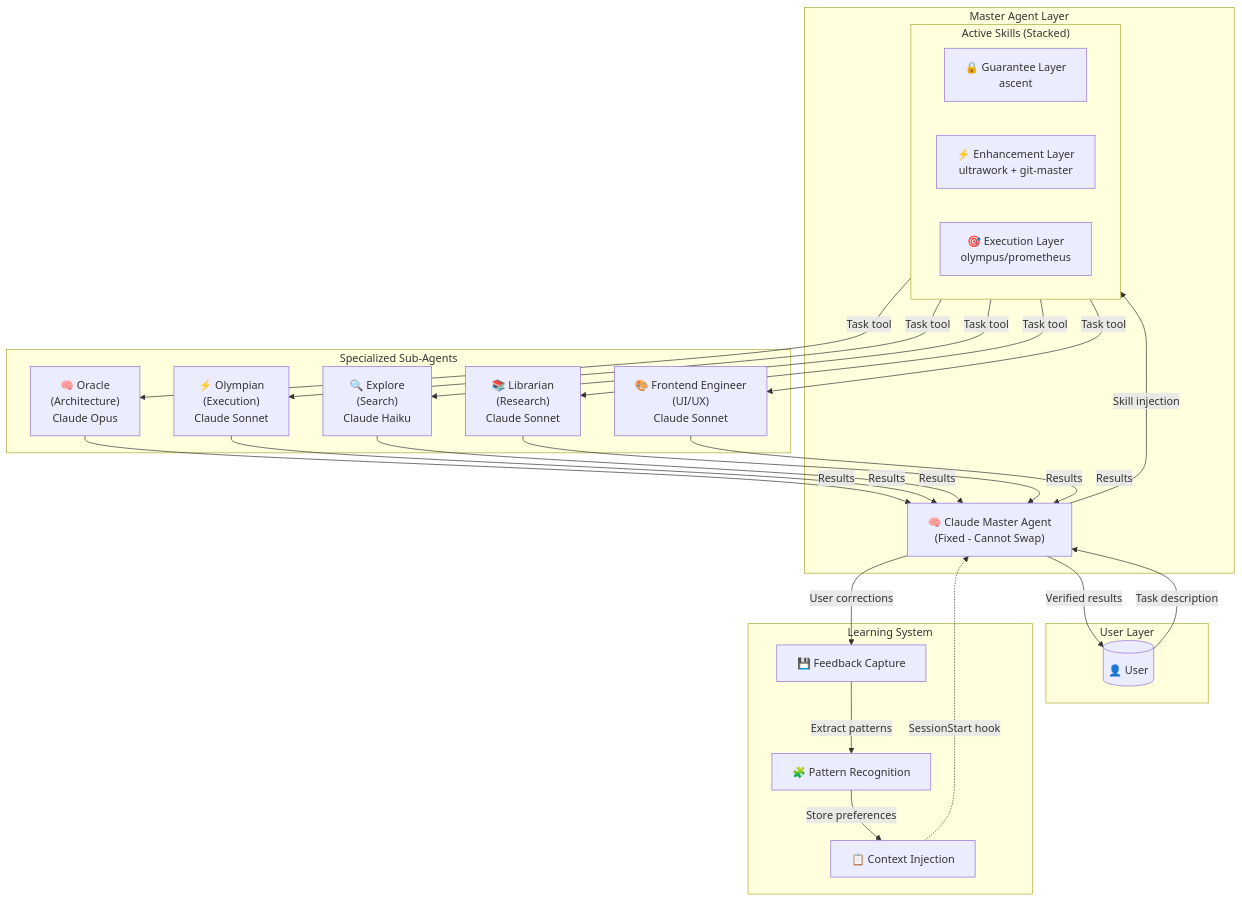
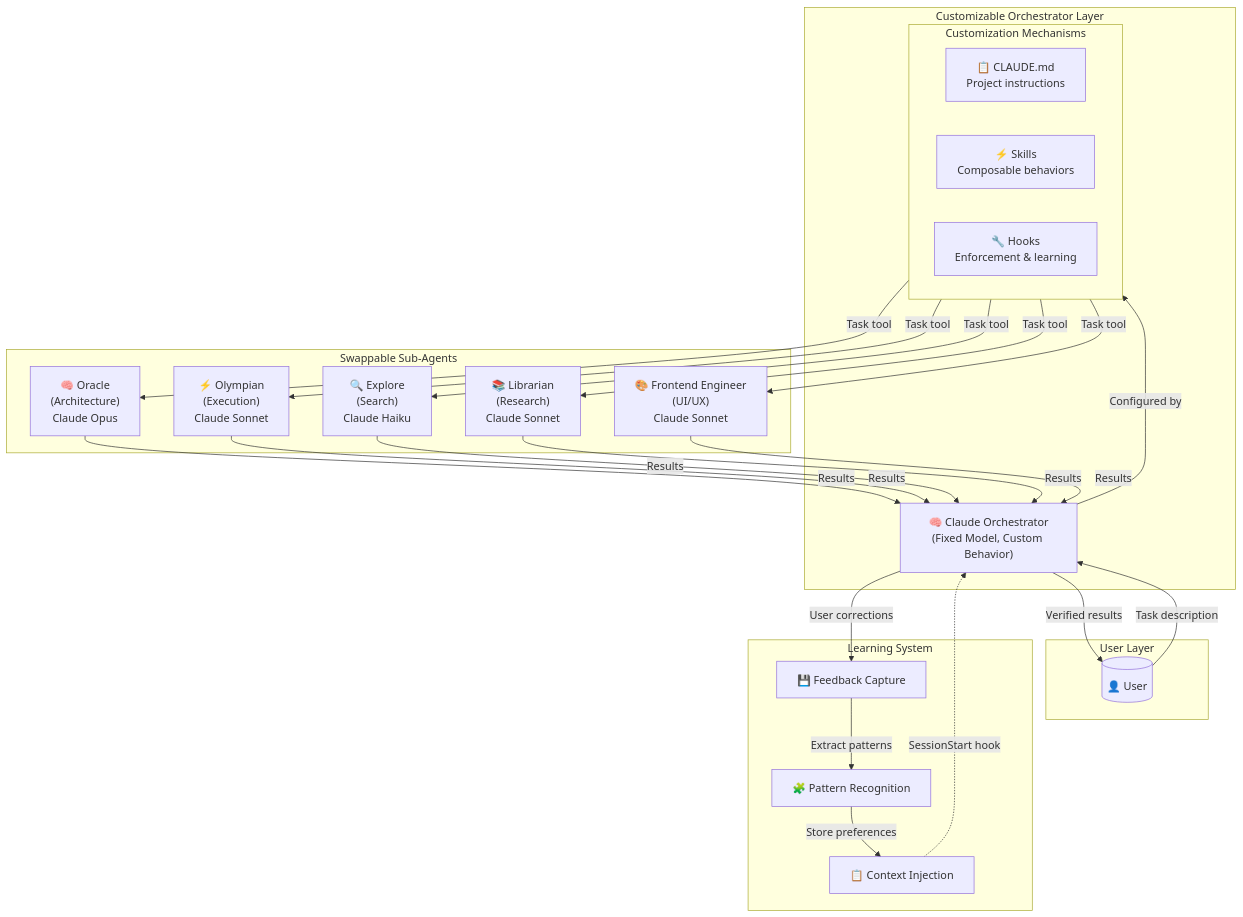
One commit to mikev10/olympus changed the first of 5 diagrams in docs/guide/understanding-orchestration-system.md. Above: the diagram before and after it, drawn with Mermaid. The commit also changed other lines of this file and 2 other files, not shown here.

Commit message:
docs: update CLI reference and installation guide to reflect changes in agents, skills, and rules

````diff
--- a/docs/guide/understanding-orchestration-system.md
+++ b/docs/guide/understanding-orchestration-system.md
@@ -25,52 +25,52 @@
 ```mermaid
 flowchart TB
     subgraph User["User Layer"]
         Human[("👤 User")]
     end
 
-    subgraph Master["Master Agent Layer"]
-        Claude["🧠 Claude Master Agent<br/>(Fixed - Cannot Swap)"]
+    subgraph Orchestrator["Customizable Orchestrator Layer"]
+        Claude["🧠 Claude Orchestrator<br/>(Fixed Model, Custom Behavior)"]
 
-        subgraph Skills["Active Skills (Stacked)"]
-            Guarantee["🔒 Guarantee Layer<br/>ascent"]
-            Enhancement["⚡ Enhancement Layer<br/>ultrawork + git-master"]
-            Execution["🎯 Execution Layer<br/>olympus/prometheus"]
+        subgraph Customization["Customization Mechanisms"]
+            CLAUDE_MD["📋 CLAUDE.md<br/>Project instructions"]
+            Skills["⚡ Skills<br/>Composable behaviors"]
+            Hooks["🔧 Hooks<br/>Enforcement & learning"]
         end
 
-        Claude -->|"Skill injection"| Skills
+        Claude -->|"Configured by"| Customization
     end
 
-    subgraph Workers["Specialized Sub-Agents"]
+    subgraph Workers["Swappable Sub-Agents"]
         Oracle["🧠 Oracle<br/>(Architecture)<br/>Claude Opus"]
         Olympian["⚡ Olympian<br/>(Execution)<br/>Claude Sonnet"]
         Explore["🔍 Explore<br/>(Search)<br/>Claude Haiku"]
         Librarian["📚 Librarian<br/>(Research)<br/>Claude Sonnet"]
         Frontend["🎨 Frontend Engineer<br/>(UI/UX)<br/>Claude Sonnet"]
     end
 
     subgraph Learning["Learning System"]
         Feedback["💾 Feedback Capture"]
         Patterns["🧩 Pattern Recognition"]
         Context["📋 Context Injection"]
     end
 
     Human -->|"Task description"| Claude
-    Skills -->|"Task tool"| Oracle
-    Skills -->|"Task tool"| Olympian
-    Skills -->|"Task tool"| Explore
-    Skills -->|"Task tool"| Librarian
-    Skills -->|"Task tool"| Frontend
+    Customization -->|"Task tool"| Oracle
+    Customization -->|"Task tool"| Olympian
+    Customization -->|"Task tool"| Explore
+    Customization -->|"Task tool"| Librarian
+    Customization -->|"Task tool"| Frontend
 
     Oracle -->|"Results"| Claude
     Olympian -->|"Results"| Claude
     Explore -->|"Results"| Claude
     Librarian -->|"Results"| Claude
     Frontend -->|"Results"| Claude
 
     Claude -->|"User corrections"| Feedback
     Feedback -->|"Extract patterns"| Patterns
     Patterns -->|"Store preferences"| Context
     Context -.->|"SessionStart hook"| Claude
 
     Claude -->|"Verified results"| Human
 ```
````
